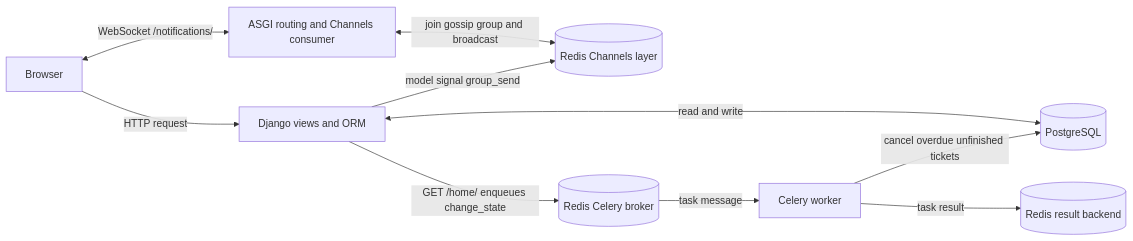
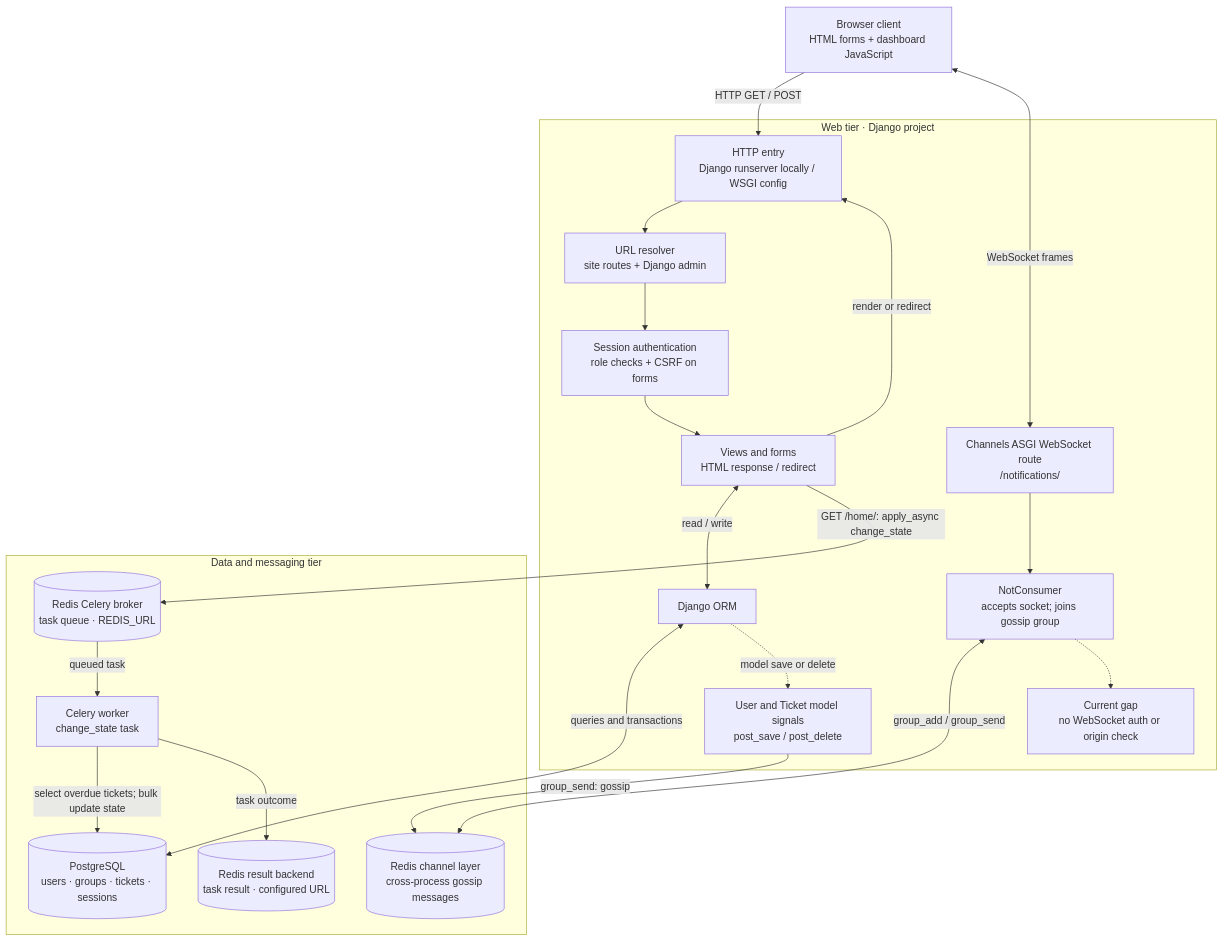
Before and after one commit to MerinRose123/TicketFlow: the diagram in README.md, drawn with Mermaid. The commit also changed other lines of this file and 2 other files, not shown here.

Commit message:
Update project setup and UI

````diff
--- a/README.md
+++ b/README.md
@@ -23,21 +33,40 @@
 ```mermaid
-flowchart LR
-    Browser[Browser]
-    Django[Django views and ORM]
-    DB[(PostgreSQL)]
-    ASGI[ASGI routing and Channels consumer]
-    Layer[(Redis Channels layer)]
-    Broker[(Redis Celery broker)]
-    Worker[Celery worker]
-    Result[(Redis result backend)]
+flowchart TB
+    Client["Browser client<br/>HTML forms + dashboard JavaScript"]
 
-    Browser -->|HTTP request| Django
-    Django <-->|read and write| DB
-    Django -->|GET /home/ enqueues change_state| Broker
-    Broker -->|task message| Worker
-    Worker -->|cancel overdue unfinished tickets| DB
-    Worker -->|task result| Result
-    Browser <-->|WebSocket /notifications/| ASGI
-    ASGI <-->|join gossip group and broadcast| Layer
-    Django -->|model signal group_send| Layer
+    subgraph WebTier["Web tier · Django project"]
+        HttpEntry["HTTP entry<br/>Django runserver locally / WSGI config"]
+        Urls["URL resolver<br/>site routes + Django admin"]
+        SessionAuth["Session authentication<br/>role checks + CSRF on forms"]
+        Views["Views and forms<br/>HTML response / redirect"]
+        ORM["Django ORM"]
+        WsEntry["Channels ASGI WebSocket route<br/>/notifications/"]
+        Consumer["NotConsumer<br/>accepts socket; joins gossip group"]
+        WsLimit["Current gap<br/>no WebSocket auth or origin check"]
+        Signals["User and Ticket model signals<br/>post_save / post_delete"]
+    end
+
+    subgraph DataTier["Data and messaging tier"]
+        DB[("PostgreSQL<br/>users · groups · tickets · sessions")]
+        ChannelRedis[("Redis channel layer<br/>cross-process gossip messages")]
+        Broker[("Redis Celery broker<br/>task queue · REDIS_URL")]
+        Worker["Celery worker<br/>change_state task"]
+        Result[("Redis result backend<br/>task result · configured URL")]
+    end
+
+    Client -->|HTTP GET / POST| HttpEntry --> Urls --> SessionAuth --> Views
+    Views -->|render or redirect| HttpEntry
+    Views <-->|read / write| ORM
+    ORM <-->|queries and transactions| DB
+
+    Client <-->|WebSocket frames| WsEntry --> Consumer
+    Consumer <-->|group_add / group_send| ChannelRedis
+    Consumer -.-> WsLimit
+    ORM -. "model save or delete" .-> Signals
+    Signals -->|group_send: gossip| ChannelRedis
+
+    Views -->|GET /home/: apply_async change_state| Broker
+    Broker -->|queued task| Worker
+    Worker -->|select overdue tickets; bulk update state| DB
+    Worker -->|task outcome| Result
 ```
````
